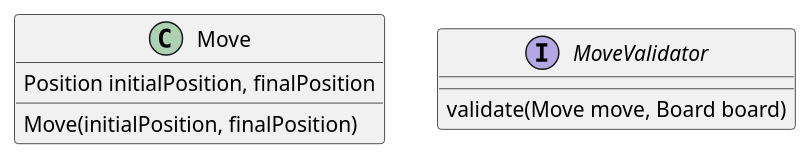
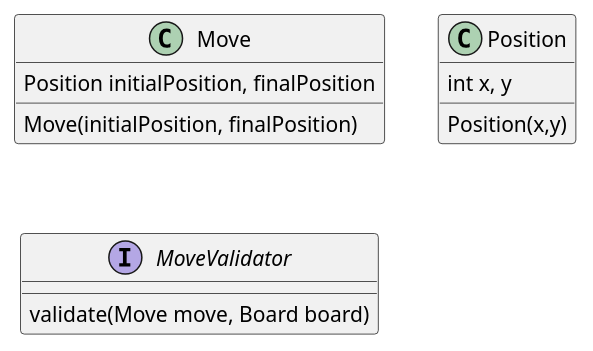
Before and after one commit to jalopbauer/chess: the diagram in chess.puml, drawn with PlantUML.

Commit message:
Position

```diff
--- a/chess.puml
+++ b/chess.puml
@@ -1,9 +1,13 @@
 @startuml Chess
 class Move
 Move : Position initialPosition, finalPosition
 Move : Move(initialPosition, finalPosition)
 
+class Position
+Position : int x, y
+Position : Position(x,y)
+
 interface MoveValidator
 MoveValidator : validate(Move move, Board board)
 
 @enduml
```
